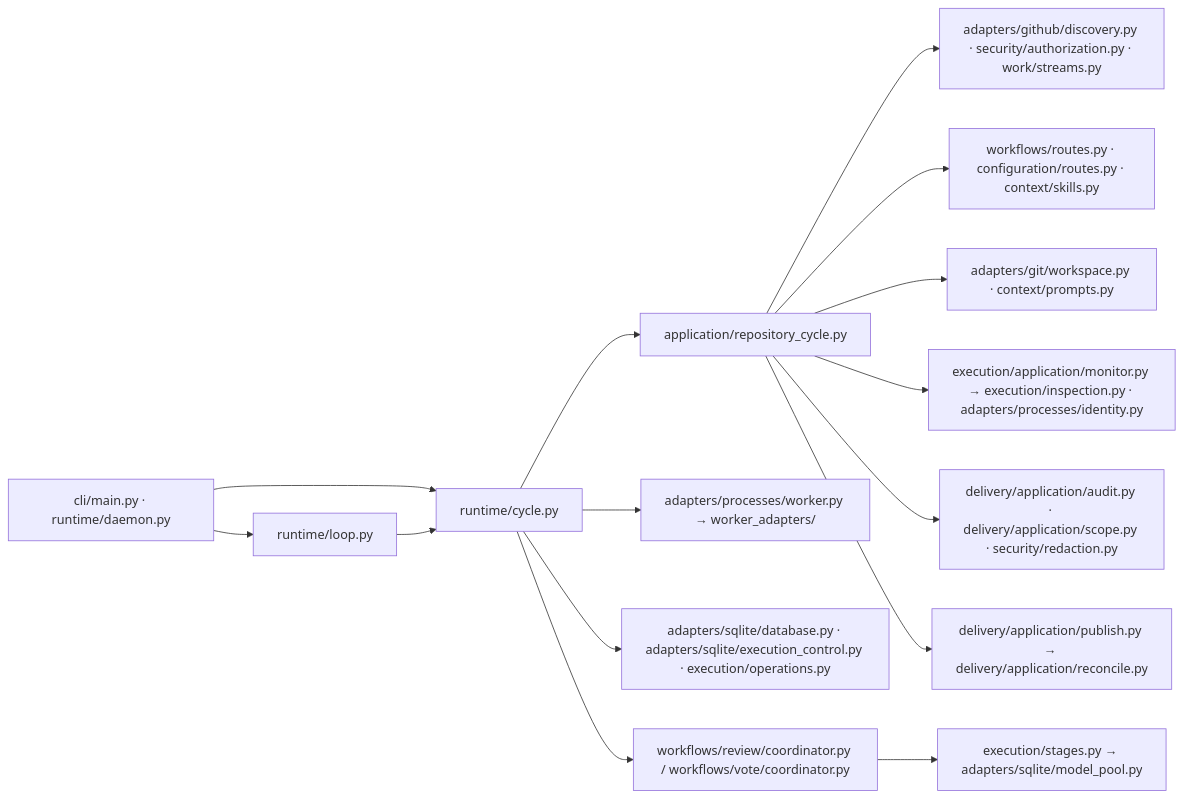
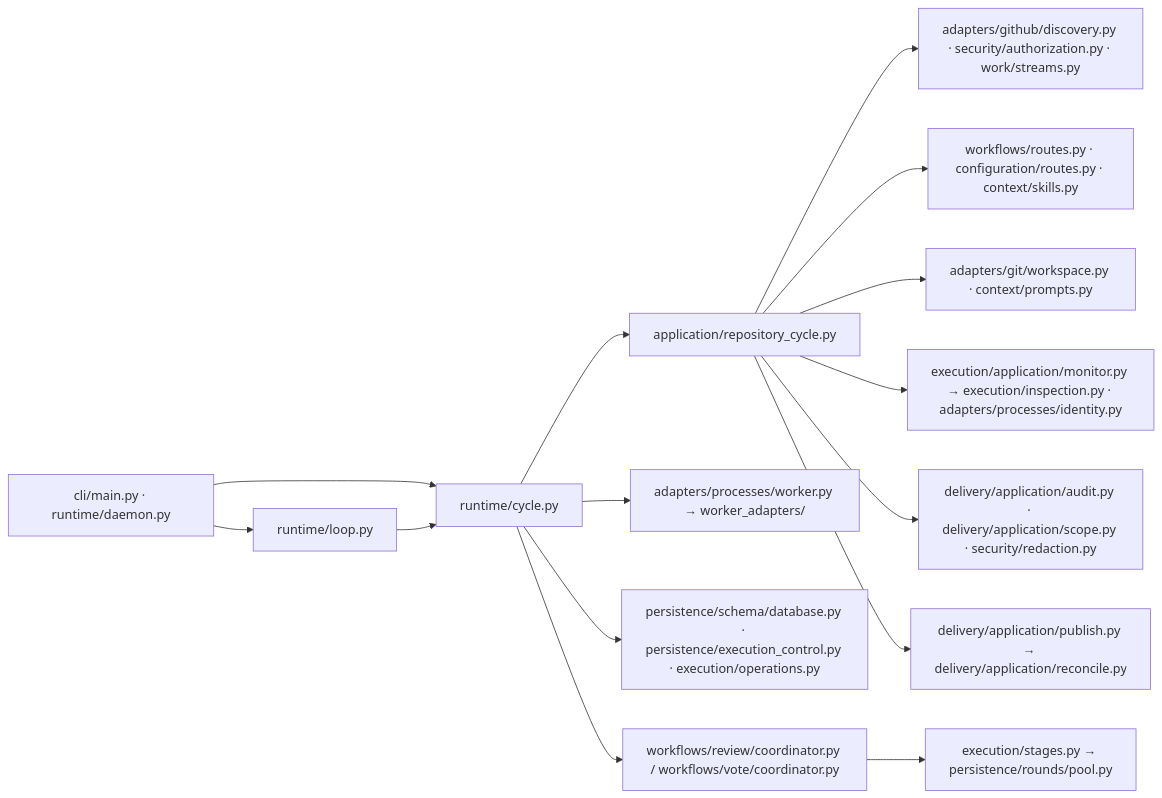
One commit to wklken/Robert changed the second of 11 diagrams in docs/architecture.md. Above: the diagram before and after it, drawn with Mermaid. The commit also changed other lines of this file and 414 other files, not shown here.

First line of the commit message:
refactor(storage): centralize database operations with SQLAlchemy

````diff
--- a/docs/architecture.md
+++ b/docs/architecture.md
@@ -148,17 +165,17 @@
 ```mermaid
 flowchart LR
     CLI["cli/main.py · runtime/daemon.py"] --> Loop["runtime/loop.py"]
     CLI --> Run["runtime/cycle.py"]
     Loop --> Run
     Run --> Repo["application/repository_cycle.py"]
     Repo --> Intake["adapters/github/discovery.py · security/authorization.py · work/streams.py"]
     Repo --> Routing["workflows/routes.py · configuration/routes.py · context/skills.py"]
     Repo --> Prepare["adapters/git/workspace.py · context/prompts.py"]
     Run --> Launch["adapters/processes/worker.py → worker_adapters/"]
     Repo --> Supervise["execution/application/monitor.py → execution/inspection.py · adapters/processes/identity.py"]
     Repo --> Audit["delivery/application/audit.py · delivery/application/scope.py · security/redaction.py"]
     Repo --> Publish["delivery/application/publish.py → delivery/application/reconcile.py"]
-    Run --> State["adapters/sqlite/database.py · adapters/sqlite/execution_control.py · execution/operations.py"]
+    Run --> State["persistence/schema/database.py · persistence/execution_control.py · execution/operations.py"]
     Run --> Rounds["workflows/review/coordinator.py / workflows/vote/coordinator.py"]
-    Rounds --> Models["execution/stages.py → adapters/sqlite/model_pool.py"]
+    Rounds --> Models["execution/stages.py → persistence/rounds/pool.py"]
 ```
````
